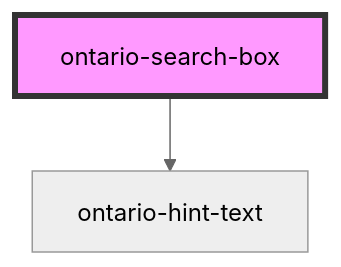
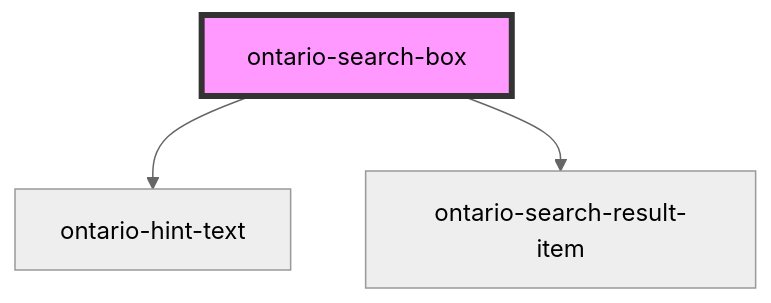
Before and after one commit to ongov/ontario-design-system: the diagram in packages/ontario-design-system-component-library/src/components/ontario-search-box/readme.md, drawn with Mermaid (neutral theme). The commit also changed other lines of this file and 2 other files, not shown here.

````diff
--- a/packages/ontario-design-system-component-library/src/components/ontario-search-box/readme.md
+++ b/packages/ontario-design-system-component-library/src/components/ontario-search-box/readme.md
@@ -348,5 +349,6 @@
 ```mermaid
 graph TD;
   ontario-search-box --> ontario-hint-text
+  ontario-search-box --> ontario-search-result-item
   style ontario-search-box fill:#f9f,stroke:#333,stroke-width:4px
 ```
````
